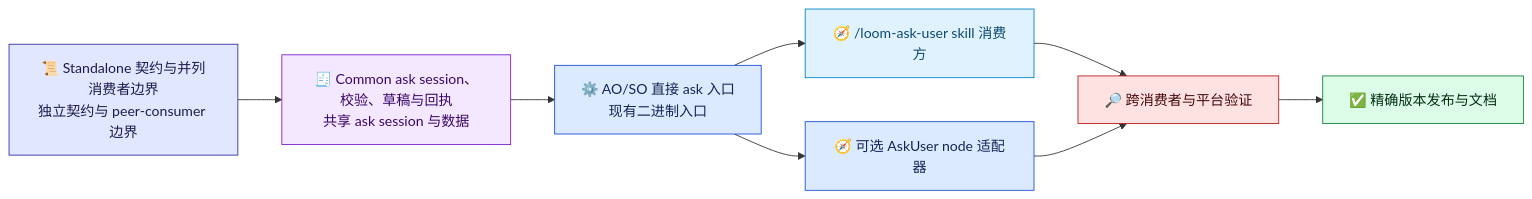
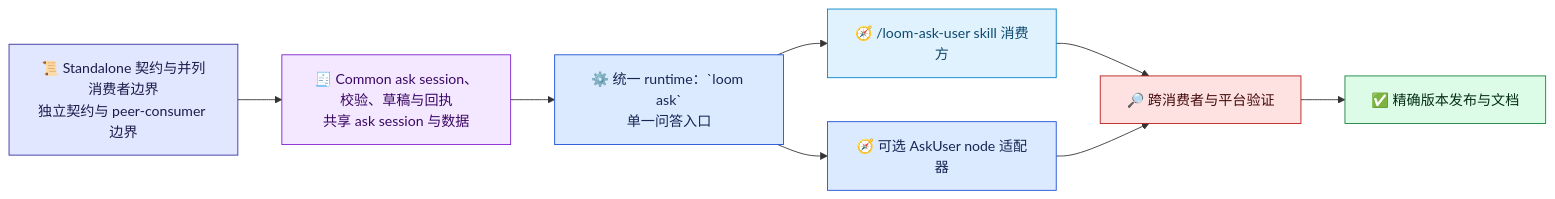
Before and after one commit to waynebaby/Techne-Loom: the diagram in docs/zh-cn/architecture/ask-user-implementation-plan.md, drawn with Mermaid. The commit also changed other lines of this file and 45 other files, not shown here.

First line of the commit message:
docs: update Loom CLI and runtime references / 更新 Loom CLI 与运行时文档

````diff
--- a/docs/zh-cn/architecture/ask-user-implementation-plan.md
+++ b/docs/zh-cn/architecture/ask-user-implementation-plan.md
@@ -15,23 +15,23 @@
 ```mermaid
 flowchart LR
     SPEC["📜 Standalone 契约与并列消费者边界<br/>独立契约与 peer-consumer 边界"] --> COMMON["🧾 Common ask session、校验、草稿与回执<br/>共享 ask session 与数据"]
-    COMMON --> BINARIES["⚙️ AO/SO 直接 ask 入口<br/>现有二进制入口"]
+    COMMON --> BINARIES["⚙️ 统一 runtime：`loom ask`<br/>单一问答入口"]
     BINARIES --> SKILL["🧭 /loom-ask-user skill 消费方"]
     BINARIES --> NODE["🧭 可选 AskUser node 适配器"]
     SKILL --> VERIFY["🔎 跨消费者与平台验证"]
     NODE --> VERIFY
     VERIFY --> RELEASE["✅ 精确版本发布与文档"]
 
     classDef contract fill:#e0e7ff,stroke:#3730a3,color:#1e1b4b;
     classDef evidence fill:#f3e8ff,stroke:#7e22ce,color:#3b0764;
     classDef runtime fill:#dbeafe,stroke:#1d4ed8,color:#172554;
     classDef intake fill:#e0f2fe,stroke:#0284c7,color:#0c4a6e;
     classDef inspect fill:#fee2e2,stroke:#b91c1c,color:#450a0a;
     classDef done fill:#dcfce7,stroke:#15803d,color:#052e16;
     class SPEC contract;
     class COMMON evidence;
     class BINARIES,NODE runtime;
     class SKILL intake;
     class VERIFY inspect;
     class RELEASE done;
 ```
````
